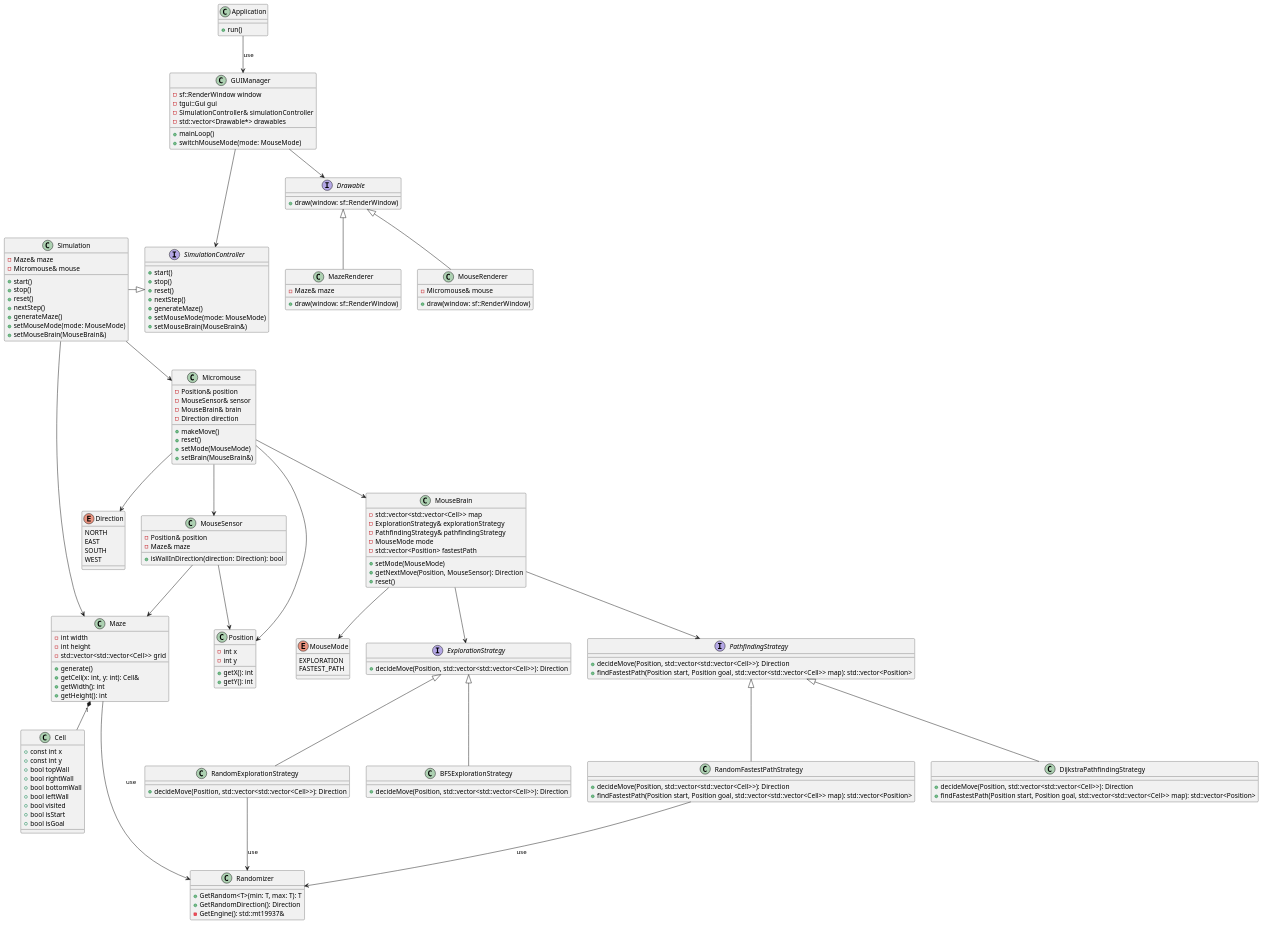
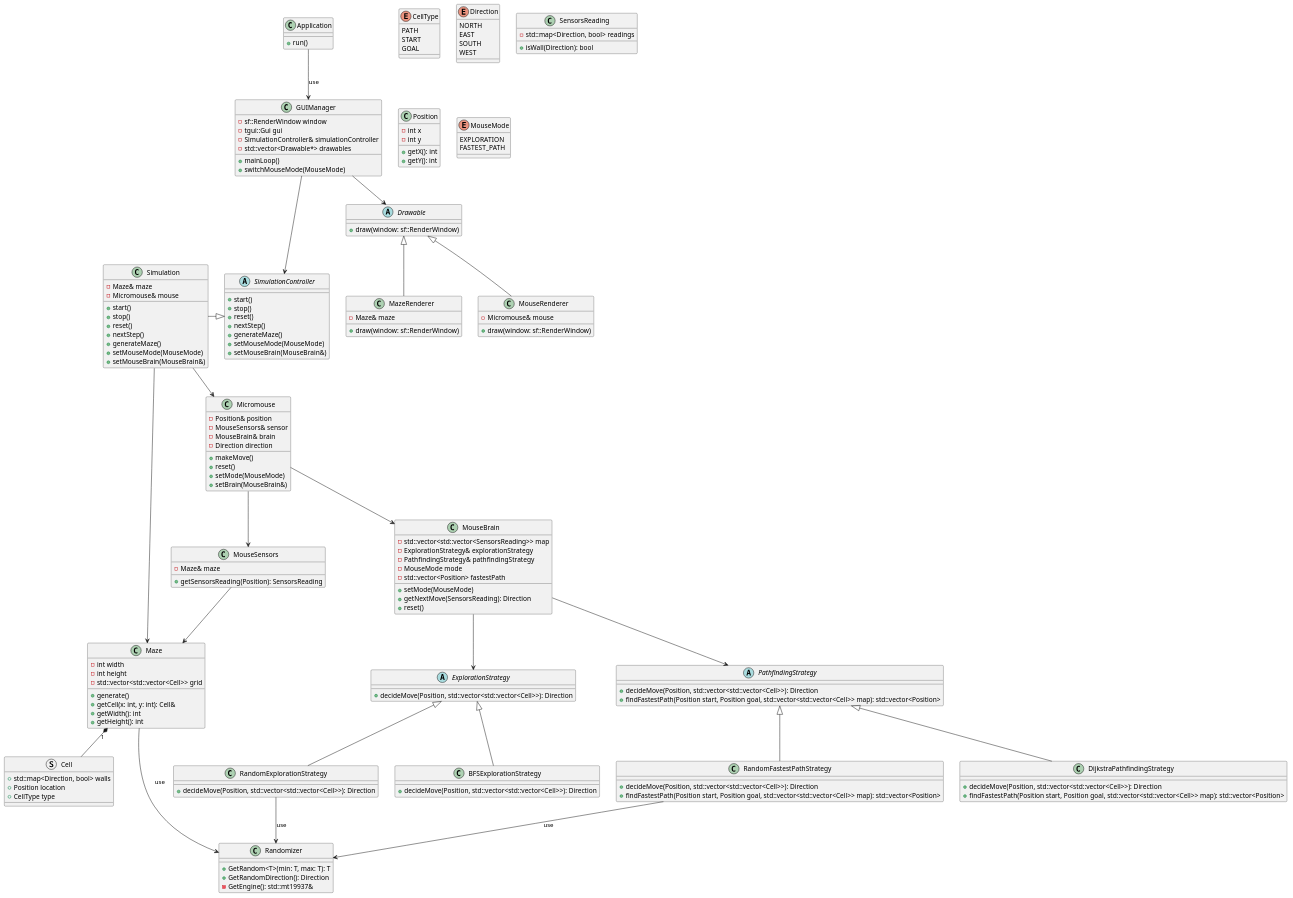
The diagram in micromouse.puml (jaugustyn02/micromouse), drawn with PlantUML before and after one commit. The commit also changed 37 other files, not shown here.

```diff
--- a/micromouse.puml
+++ b/micromouse.puml
@@ -1,198 +1,199 @@
 @startuml
 ' ========== CORE ==========
 class Application {
     + run()
 }
 
 Application --> GUIManager: use
 
-interface SimulationController {
+abstract class SimulationController {
     + start()
     + stop()
     + reset()
     + nextStep()
     + generateMaze()
-    + setMouseMode(mode: MouseMode)
+    + setMouseMode(MouseMode)
     + setMouseBrain(MouseBrain&)
 }
 
 class Simulation {
     - Maze& maze
     - Micromouse& mouse
     + start()
     + stop()
     + reset()
     + nextStep()
     + generateMaze()
-    + setMouseMode(mode: MouseMode)
+    + setMouseMode(MouseMode)
     + setMouseBrain(MouseBrain&)
 }
 
 Simulation -|> SimulationController
 Simulation --> Maze
 Simulation --> Micromouse
 
 ' ========== GUI ==========
 class GUIManager {
     - sf::RenderWindow window
     - tgui::Gui gui
     - SimulationController& simulationController
     - std::vector<Drawable*> drawables
     + mainLoop()
-    + switchMouseMode(mode: MouseMode)
+    + switchMouseMode(MouseMode)
 }
 
 class Drawable {
     + draw(window: sf::RenderWindow)
 }
 
-interface Drawable
+abstract class Drawable
+
 Drawable <|-- MazeRenderer
 Drawable <|-- MouseRenderer
 
 class MazeRenderer {
     - Maze& maze
     + draw(window: sf::RenderWindow)
 }
 
 class MouseRenderer {
     - Micromouse& mouse
     + draw(window: sf::RenderWindow)
 }
 
 GUIManager ---> SimulationController
 GUIManager --> Drawable
 
 ' ========== MAZE ==========
 class Maze {
     - int width
     - int height
     - std::vector<std::vector<Cell>> grid
     + generate()
     + getCell(x: int, y: int): Cell&
     + getWidth(): int
     + getHeight(): int
 }
 
-class Cell {
-    + const int x
-    + const int y
-    + bool topWall
-    + bool rightWall
-    + bool bottomWall
-    + bool leftWall
-    + bool visited
-    + bool isStart
-    + bool isGoal
+enum CellType {
+    PATH
+    START
+    GOAL
+}
+
+struct Cell {
+    + std::map<Direction, bool> walls
+    + Position location
+    + CellType type
 }
 
 Maze --> Randomizer: use
 
 Maze "1" *-- Cell
 
 enum Direction {
     NORTH
     EAST
     SOUTH
     WEST
 }
 
 ' ========== MOUSE ==========
 class Micromouse {
     - Position& position
-    - MouseSensor& sensor
+    - MouseSensors& sensor
     - MouseBrain& brain
     - Direction direction
     + makeMove()
     + reset()
     + setMode(MouseMode)
     + setBrain(MouseBrain&)
 }
 
-class MouseSensor {
-    - Position& position
+class SensorsReading {
+    - std::map<Direction, bool> readings
+    + isWall(Direction): bool
+}
+
+class MouseSensors {
     - Maze& maze
-    + isWallInDirection(direction: Direction): bool
+    + getSensorsReading(Position): SensorsReading
 }
 
 class Position {
     - int x
     - int y
     + getX(): int
     + getY(): int
 }
 
 enum MouseMode {
     EXPLORATION
     FASTEST_PATH
 }
 
-Micromouse --> MouseSensor
-Micromouse --> Position
+Micromouse --> MouseSensors
 Micromouse --> MouseBrain
-Micromouse --> Direction
 
-MouseSensor --> Maze
-MouseSensor --> Position
+MouseSensors --> Maze
 
 ' ========== MOUSE BRAIN ==========
 class MouseBrain {
-    - std::vector<std::vector<Cell>> map
+    - std::vector<std::vector<SensorsReading>> map
     - ExplorationStrategy& explorationStrategy
     - PathfindingStrategy& pathfindingStrategy
     - MouseMode mode
     - std::vector<Position> fastestPath
     + setMode(MouseMode)
-    + getNextMove(Position, MouseSensor): Direction
+    + getNextMove(SensorsReading): Direction
     + reset()
 }
 
 MouseBrain --> ExplorationStrategy
 MouseBrain --> PathfindingStrategy
-MouseBrain --> MouseMode
 
 ' ========== STRATEGIES ==========
-interface ExplorationStrategy {
+abstract class ExplorationStrategy {
     + decideMove(Position, std::vector<std::vector<Cell>>): Direction
 }
 
-interface PathfindingStrategy {
+abstract class PathfindingStrategy {
     + decideMove(Position, std::vector<std::vector<Cell>>): Direction
     + findFastestPath(Position start, Position goal, std::vector<std::vector<Cell>> map): std::vector<Position>
 }
 
 ExplorationStrategy <|-- RandomExplorationStrategy
 ExplorationStrategy <|-- BFSExplorationStrategy
 
 PathfindingStrategy <|-- RandomFastestPathStrategy
 PathfindingStrategy <|-- DijkstraPathfindingStrategy
 
 class RandomExplorationStrategy {
     + decideMove(Position, std::vector<std::vector<Cell>>): Direction
 }
 
 class BFSExplorationStrategy {
     + decideMove(Position, std::vector<std::vector<Cell>>): Direction
 }
 
 class RandomFastestPathStrategy {
     + decideMove(Position, std::vector<std::vector<Cell>>): Direction
     + findFastestPath(Position start, Position goal, std::vector<std::vector<Cell>> map): std::vector<Position>
 }
 
 class DijkstraPathfindingStrategy {
     + decideMove(Position, std::vector<std::vector<Cell>>): Direction
     + findFastestPath(Position start, Position goal, std::vector<std::vector<Cell>> map): std::vector<Position>
 }
 
 ' ========== UTILS ==========
 class Randomizer {
     + GetRandom<T>(min: T, max: T): T
     + GetRandomDirection(): Direction
     - GetEngine(): std::mt19937&
 }
 
 RandomExplorationStrategy --> Randomizer: use
 RandomFastestPathStrategy --> Randomizer: use
 
 @enduml
```
